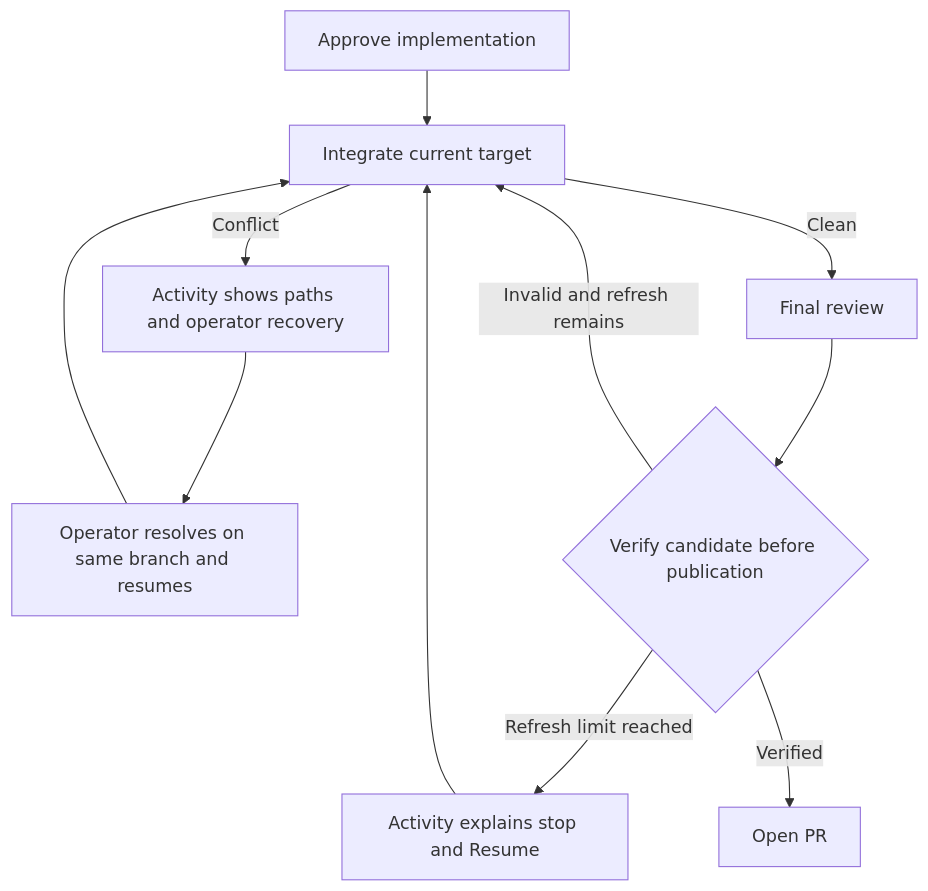
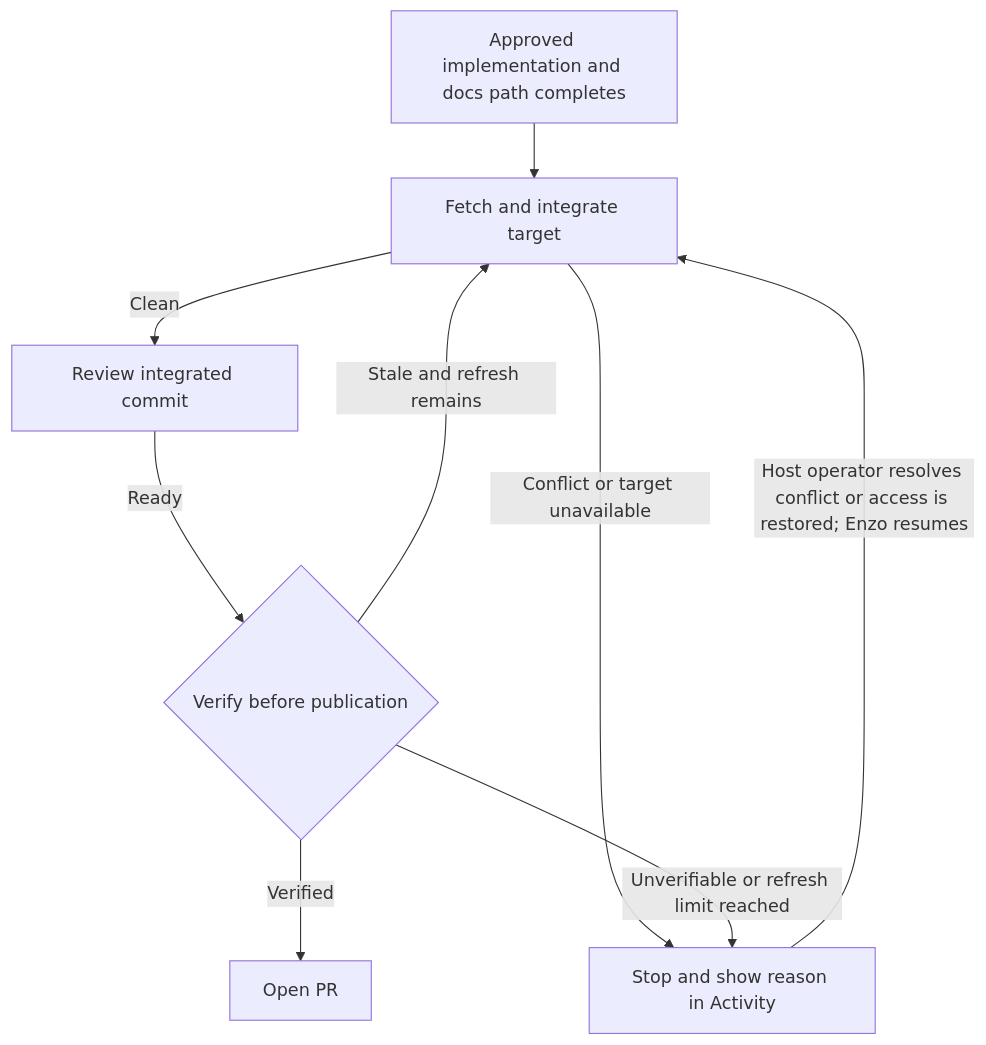
One commit to markdstafford/autocatalyst changed the first of 5 diagrams in context-human/specs/feature-pr-integration-and-ci-repair.md. Above: the diagram before and after it, drawn with Mermaid. The commit also changed other lines of this file, not shown here.

````diff
--- a/context-human/specs/feature-pr-integration-and-ci-repair.md
+++ b/context-human/specs/feature-pr-integration-and-ci-repair.md
@@ -77,13 +77,11 @@
 ```mermaid
 flowchart TD
-  A[Approve implementation] --> B[Integrate current target]
-  B -->|Conflict| C[Activity shows paths and operator recovery]
-  C --> D[Operator resolves on same branch and resumes]
-  D --> B
-  B -->|Clean| E[Final review]
-  E --> F{Verify candidate before publication}
-  F -->|Invalid and refresh remains| B
-  F -->|Refresh limit reached| H[Activity explains stop and Resume]
-  H --> B
-  F -->|Verified| G[Open PR]
+  A[Approved implementation and docs path completes] --> B[Fetch and integrate target]
+  B -->|Clean| C[Review integrated commit]
+  B -->|Conflict or target unavailable| S[Stop and show reason in Activity]
+  C -->|Ready| D{Verify before publication}
+  D -->|Verified| P[Open PR]
+  D -->|Stale and refresh remains| B
+  D -->|Unverifiable or refresh limit reached| S
+  S -->|Host operator resolves conflict or access is restored; Enzo resumes| B
 ```
````
